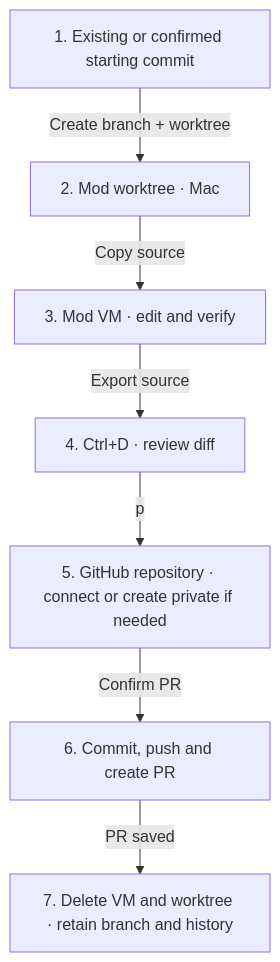
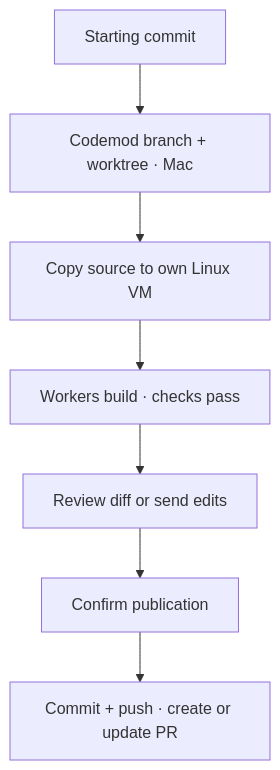
The first of 2 diagrams in docs/git-workflow.md (minimumeffort-dev/sprowt.harness), drawn with Mermaid before and after one commit. The commit also changed other lines of this file and 18 other files, not shown here.

````diff
--- a/docs/git-workflow.md
+++ b/docs/git-workflow.md
@@ -16,9 +16,9 @@
 ```mermaid
 flowchart TB
-    base["1. Existing or confirmed starting commit"] -->|"Create branch + worktree"| mod["2. Mod worktree · Mac"]
-    mod -->|"Copy source"| vm["3. Mod VM · edit and verify"]
-    vm -->|"Export source"| review["4. Ctrl+D · review diff"]
-    review -->|"p"| destination["5. GitHub repository · connect or create private if needed"]
-    destination -->|"Confirm PR"| pr["6. Commit, push and create PR"]
-    pr -->|"PR saved"| cleanup["7. Delete VM and worktree · retain branch and history"]
+    base["Starting commit"] --> tree["Codemod branch + worktree · Mac"]
+    tree --> vm["Copy source to own Linux VM"]
+    vm --> ready["Workers build · checks pass"]
+    ready --> review["Review diff or send edits"]
+    review --> confirm["Confirm publication"]
+    confirm --> pr["Commit + push · create or update PR"]
 ```
````
